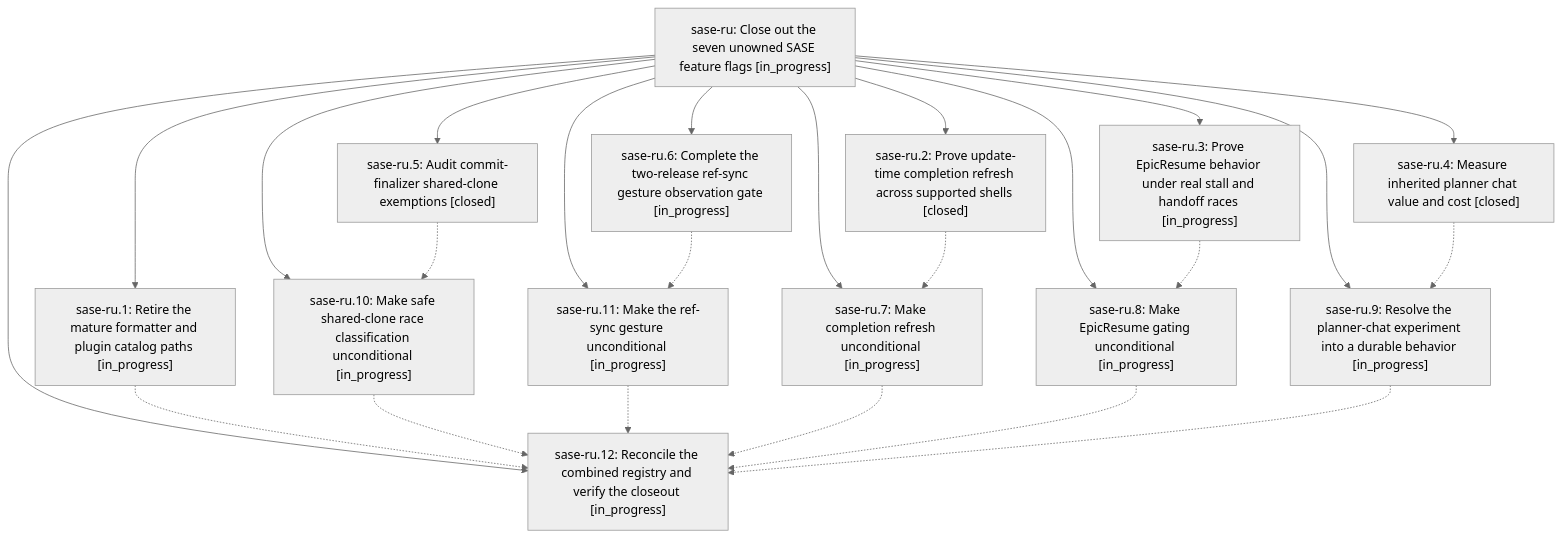
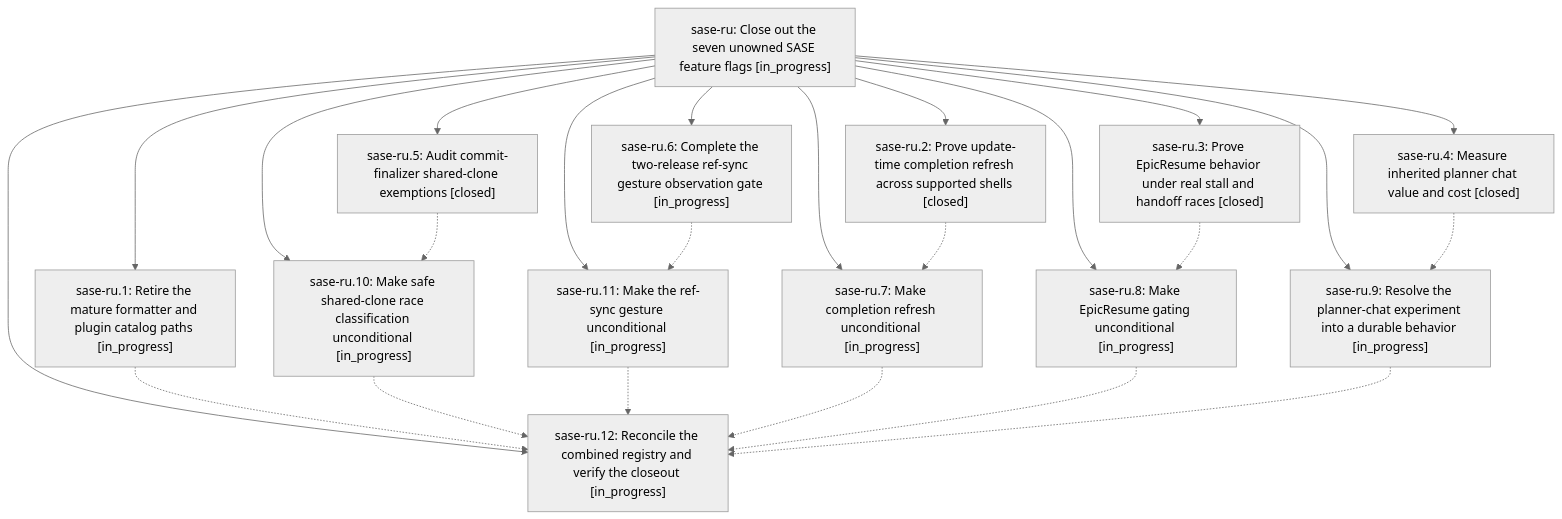
Before and after one commit to sase-org/sase--beads: the diagram in pages/sase-ru/README.md, drawn with Mermaid (neutral theme). The commit also changed other lines of this file and 4 other files, not shown here.

````diff
--- a/pages/sase-ru/README.md
+++ b/pages/sase-ru/README.md
@@ -33,39 +33,39 @@
 ```mermaid
 flowchart TD
     n0["sase-ru: Close out the seven unowned SASE feature flags [in_progress]"]
     n1["sase-ru.1: Retire the mature formatter and plugin catalog paths [in_progress]"]
     n2["sase-ru.10: Make safe shared-clone race classification unconditional [in_progress]"]
     n3["sase-ru.11: Make the ref-sync gesture unconditional [in_progress]"]
     n4["sase-ru.12: Reconcile the combined registry and verify the closeout [in_progress]"]
     n5["sase-ru.2: Prove update-time completion refresh across supported shells [closed]"]
-    n6["sase-ru.3: Prove EpicResume behavior under real stall and handoff races [in_progress]"]
+    n6["sase-ru.3: Prove EpicResume behavior under real stall and handoff races [closed]"]
     n7["sase-ru.4: Measure inherited planner chat value and cost [closed]"]
     n8["sase-ru.5: Audit commit-finalizer shared-clone exemptions [closed]"]
     n9["sase-ru.6: Complete the two-release ref-sync gesture observation gate [in_progress]"]
     n10["sase-ru.7: Make completion refresh unconditional [in_progress]"]
     n11["sase-ru.8: Make EpicResume gating unconditional [in_progress]"]
     n12["sase-ru.9: Resolve the planner-chat experiment into a durable behavior [in_progress]"]
     n0 --> n1
     n0 --> n2
     n0 --> n3
     n0 --> n4
     n0 --> n5
     n0 --> n6
     n0 --> n7
     n0 --> n8
     n0 --> n9
     n0 --> n10
     n0 --> n11
     n0 --> n12
     n1 -.-> n4
     n2 -.-> n4
     n3 -.-> n4
     n5 -.-> n10
     n6 -.-> n11
     n7 -.-> n12
     n8 -.-> n2
     n9 -.-> n3
     n10 -.-> n4
     n11 -.-> n4
     n12 -.-> n4
 ```
````
